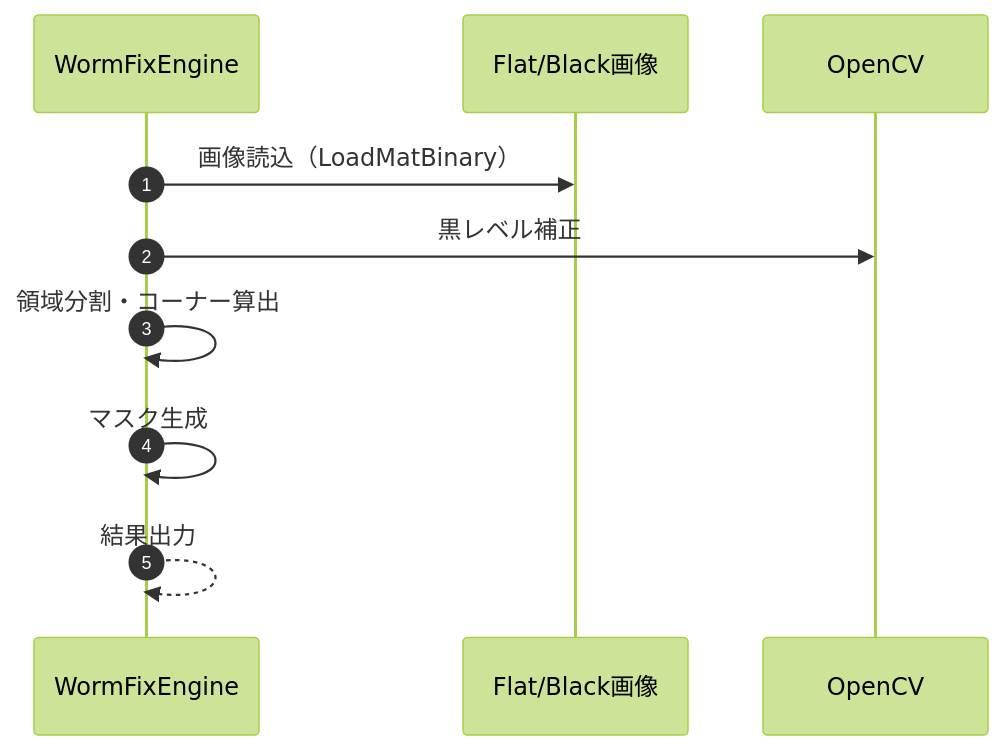
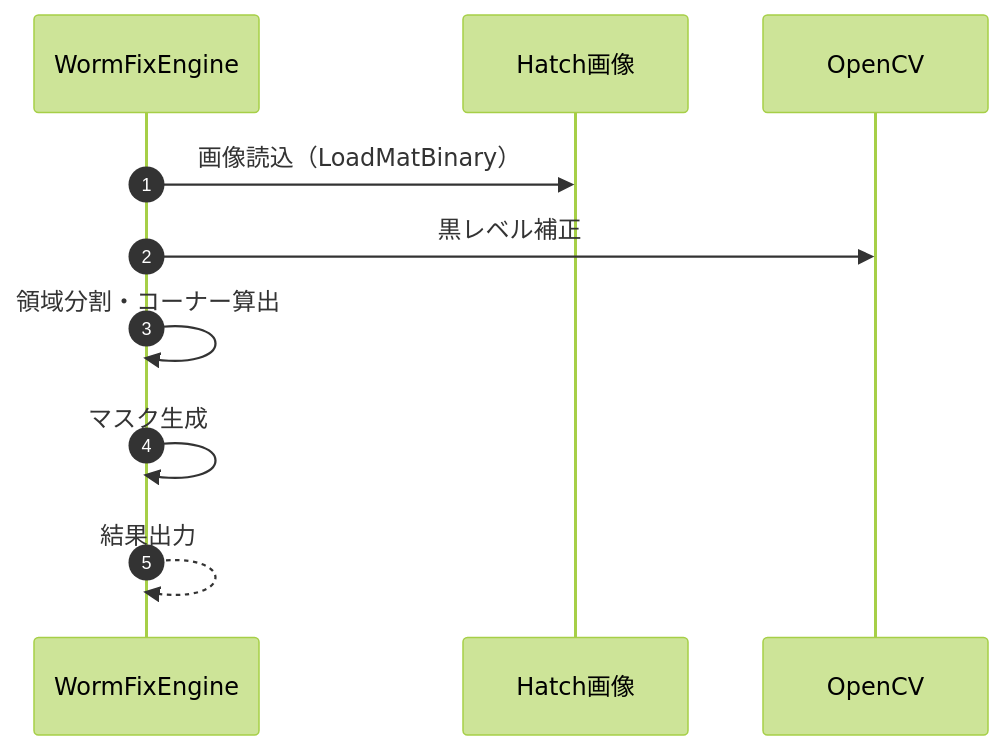
Before and after one commit to HottaTakayuki/ColorAlignmentSoftware: the second of 4 diagrams in docs/02-03.WormFix/WormFix_詳細設計書/08_メソッド仕様/08-4_補助計算_補正演算メソッド.md, drawn with Mermaid (forest theme). The commit also changed other lines of this file and 46 other files, not shown here.

````diff
--- a/docs/02-03.WormFix/WormFix_詳細設計書/08_メソッド仕様/08-4_補助計算_補正演算メソッド.md
+++ b/docs/02-03.WormFix/WormFix_詳細設計書/08_メソッド仕様/08-4_補助計算_補正演算メソッド.md
@@ -112,12 +135,12 @@
 ```mermaid
 sequenceDiagram
     autonumber
     participant WF as WormFixEngine
-    participant F as Flat/Black画像
+    participant F as Hatch画像
     participant CV as OpenCV
     WF->>F: 画像読込（LoadMatBinary）
     WF->>CV: 黒レベル補正
     WF->>WF: 領域分割・コーナー算出
     WF->>WF: マスク生成
     WF-->>WF: 結果出力
 ```
````
